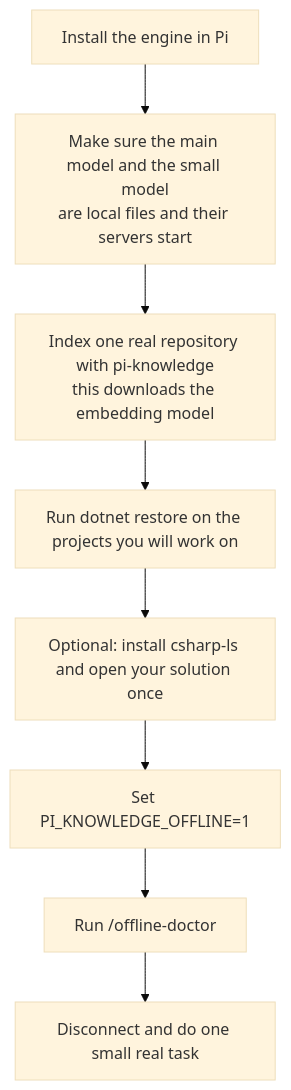
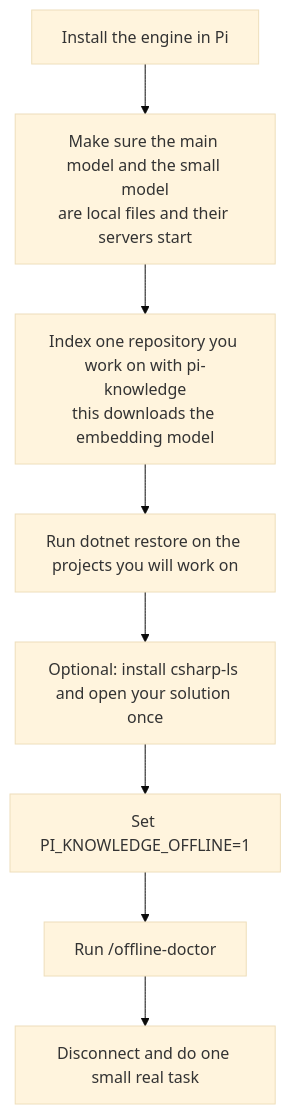
The third of 3 diagrams in README.md (AndrewMoryakov/pi-offline-engine), drawn with Mermaid (base theme) before and after one commit. The commit also changed other lines of this file and 1 other file, not shown here.

````diff
--- a/README.md
+++ b/README.md
@@ -187,10 +207,10 @@
 ```mermaid
 flowchart TB
     a["Install the engine in Pi"] --> b["Make sure the main model and the small model<br/>are local files and their servers start"]
-    b --> c["Index one real repository with pi-knowledge<br/>this downloads the embedding model"]
+    b --> c["Index one repository you work on with pi-knowledge<br/>this downloads the embedding model"]
     c --> d["Run dotnet restore on the projects you will work on"]
     d --> e["Optional: install csharp-ls and open your solution once"]
     e --> f["Set PI_KNOWLEDGE_OFFLINE=1"]
     f --> g["Run /offline-doctor"]
     g --> h["Disconnect and do one small real task"]
 ```
````
